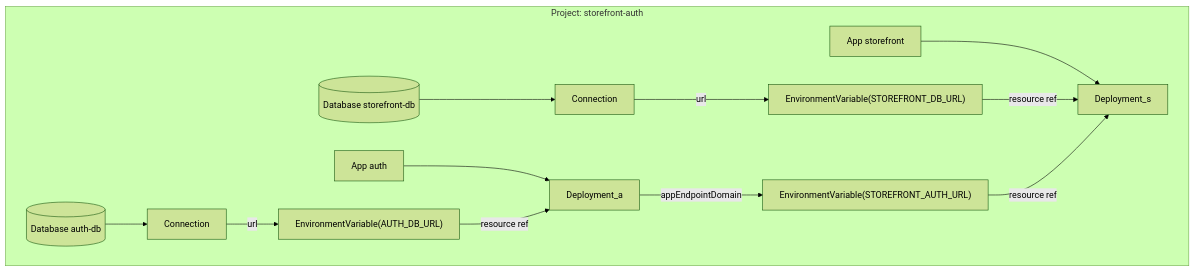
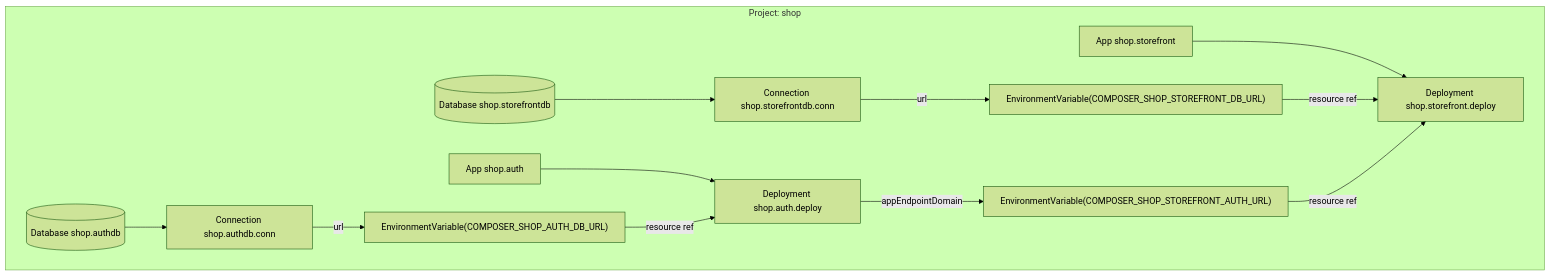
The second of 2 diagrams in docs/design/05-prisma-cloud/alchemy-lowering.md (prisma/composer), drawn with Mermaid (forest theme) before and after one commit. The commit also changed other lines of this file and 8 other files, not shown here.

````diff
--- a/docs/design/05-prisma-cloud/alchemy-lowering.md
+++ b/docs/design/05-prisma-cloud/alchemy-lowering.md
@@ -195,13 +221,13 @@
 ```mermaid
 flowchart TB
-  subgraph P [Project: storefront-auth]
-    DBa[(Database auth-db)] --> Ca[Connection] -- url --> EVa["EnvironmentVariable(AUTH_DB_URL)"]
-    DBs[(Database storefront-db)] --> Cs[Connection] -- url --> EVs["EnvironmentVariable(STOREFRONT_DB_URL)"]
-    Sa[App auth] --> Da[Deployment_a]
-    Ss[App storefront] --> Ds[Deployment_s]
+  subgraph P [Project: shop]
+    DBa[(Database shop.authdb)] --> Ca[Connection shop.authdb.conn] -- url --> EVa["EnvironmentVariable(COMPOSER_SHOP_AUTH_DB_URL)"]
+    DBs[(Database shop.storefrontdb)] --> Cs[Connection shop.storefrontdb.conn] -- url --> EVs["EnvironmentVariable(COMPOSER_SHOP_STOREFRONT_DB_URL)"]
+    Sa[App shop.auth] --> Da[Deployment shop.auth.deploy]
+    Ss[App shop.storefront] --> Ds[Deployment shop.storefront.deploy]
     EVa -- resource ref --> Da
     EVs -- resource ref --> Ds
-    Da -- appEndpointDomain --> EVu["EnvironmentVariable(STOREFRONT_AUTH_URL)"]
+    Da -- appEndpointDomain --> EVu["EnvironmentVariable(COMPOSER_SHOP_STOREFRONT_AUTH_URL)"]
     EVu -- resource ref --> Ds
   end
 ```
````
